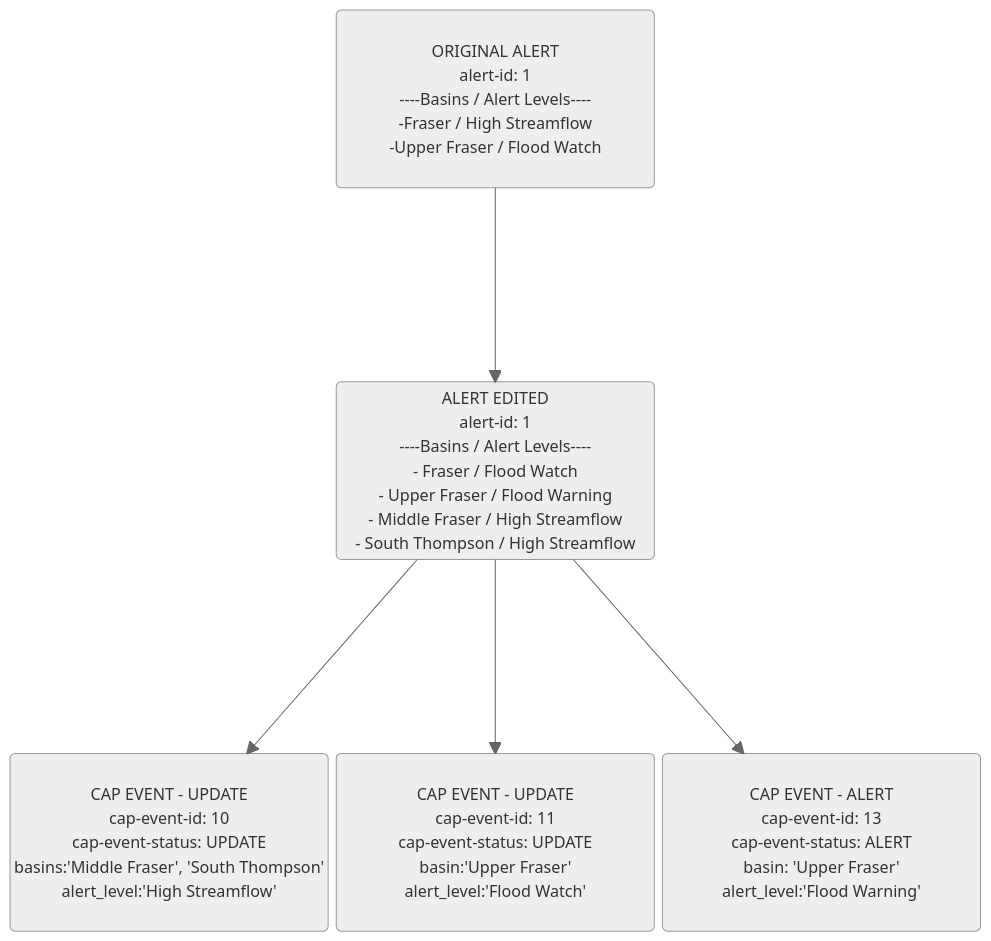
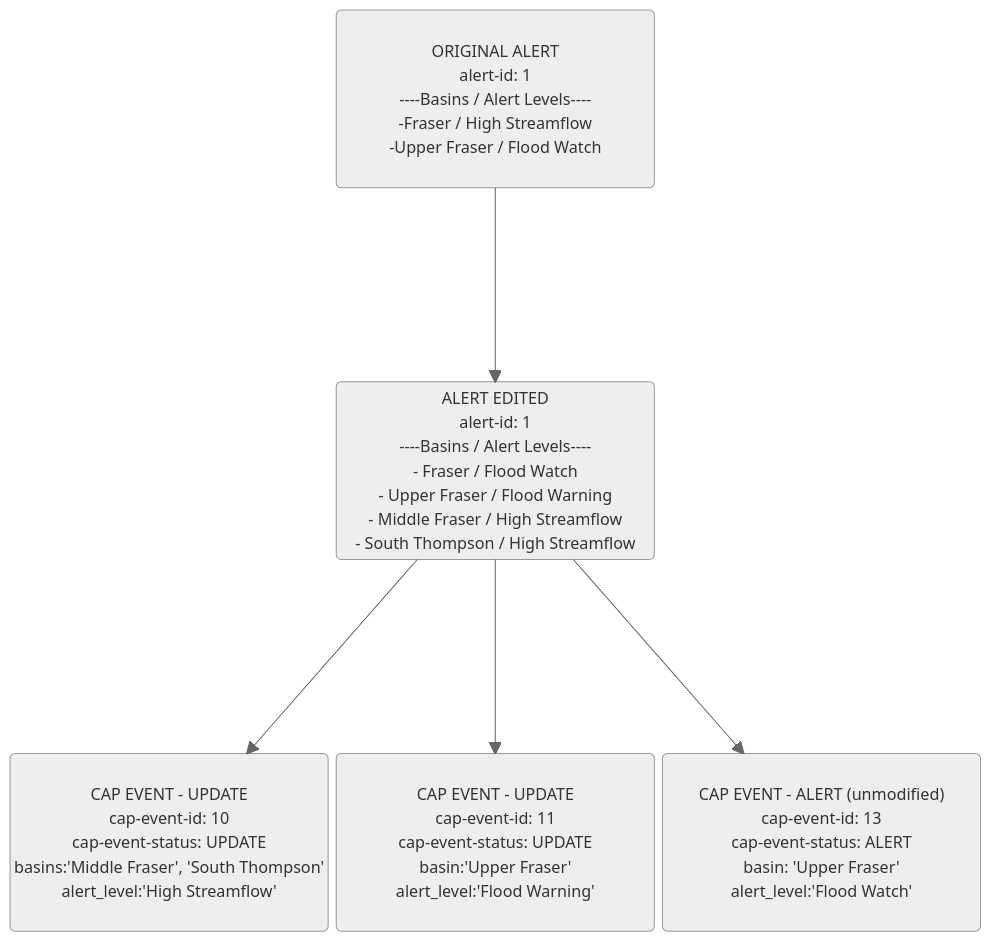
The eighth of 9 diagrams in docs/backend-planning/data_flow.md (bcgov/nr-rfc-alertauthoring), drawn with Mermaid (neutral theme) before and after one commit. The commit also changed other lines of this file and 11 other files, not shown here.

````diff
--- a/docs/backend-planning/data_flow.md
+++ b/docs/backend-planning/data_flow.md
@@ -208,18 +212,18 @@
 ```mermaid
 block-beta
   columns 3
   space
   original_alert("ORIGINAL ALERT\nalert-id: 1\n----Basins / Alert Levels----\n-Fraser / High Streamflow\n-Upper Fraser / Flood Watch")
   space:5
   new_alert("ALERT EDITED\nalert-id: 1\n----Basins / Alert Levels----\n - Fraser / Flood Watch\n - Upper Fraser / Flood Warning\n - Middle Fraser / High Streamflow\n - South Thompson / High Streamflow")
   space
   space:3
   cap_event_1("CAP EVENT - UPDATE\ncap-event-id: 10\ncap-event-status: UPDATE\nbasins:'Middle Fraser', 'South Thompson'\nalert_level:'High Streamflow'")
-  cap_event_2("CAP EVENT - UPDATE\ncap-event-id: 11\ncap-event-status: UPDATE\nbasin:'Upper Fraser'\nalert_level:'Flood Watch'")
-  cap_event_3("CAP EVENT - ALERT\ncap-event-id: 13\ncap-event-status: ALERT\nbasin: 'Upper Fraser'\nalert_level:'Flood Warning'")
+  cap_event_2("CAP EVENT - UPDATE\ncap-event-id: 11\ncap-event-status: UPDATE\nbasin:'Upper Fraser'\nalert_level:'Flood Warning'")
+  cap_event_3("CAP EVENT - ALERT (unmodified)\ncap-event-id: 13\ncap-event-status: ALERT\nbasin: 'Upper Fraser'\nalert_level:'Flood Watch'")
 
   original_alert --> new_alert
   new_alert --> cap_event_1
   new_alert --> cap_event_2
   new_alert --> cap_event_3
 ```
````
